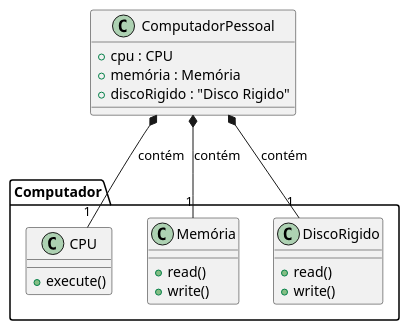
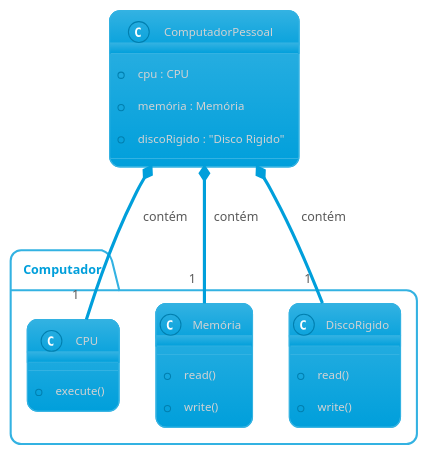
Before and after one commit to LeonardoVieiraGuimaraes/OrientacaoObjetos: the diagram in UML/DiagramasEstruturais/EstruturaComposta.puml, drawn with PlantUML. The commit also changed 14 other files, not shown here.

```diff
--- a/UML/DiagramasEstruturais/EstruturaComposta.puml
+++ b/UML/DiagramasEstruturais/EstruturaComposta.puml
@@ -1,29 +1,30 @@
-@startuml
+@startuml ComponentesComputador
+!theme bluegray
 package "Computador" {
   class "CPU" {
     + execute()
   }
 
   class "Memória" {
     + read()
     + write()
   }
 
   class "DiscoRigido" {
     + read()
     + write()
   }
 }
 
 class "ComputadorPessoal" {
   + cpu : CPU
   + memória : Memória
   + discoRigido : "Disco Rigido"
 }
 
 ComputadorPessoal *-- "1" CPU : contém
 ComputadorPessoal *-- "1" Memória : contém
 ComputadorPessoal *-- "1" DiscoRigido : contém
 
 
 @enduml
```
